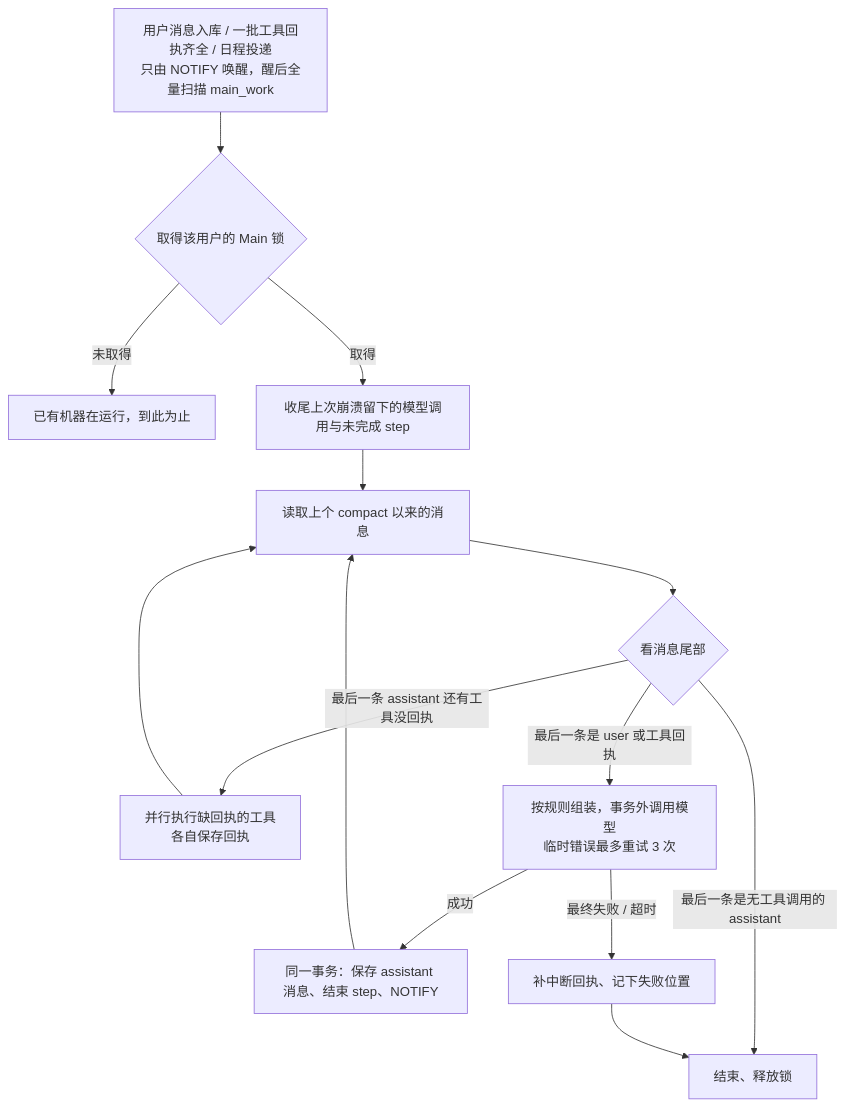
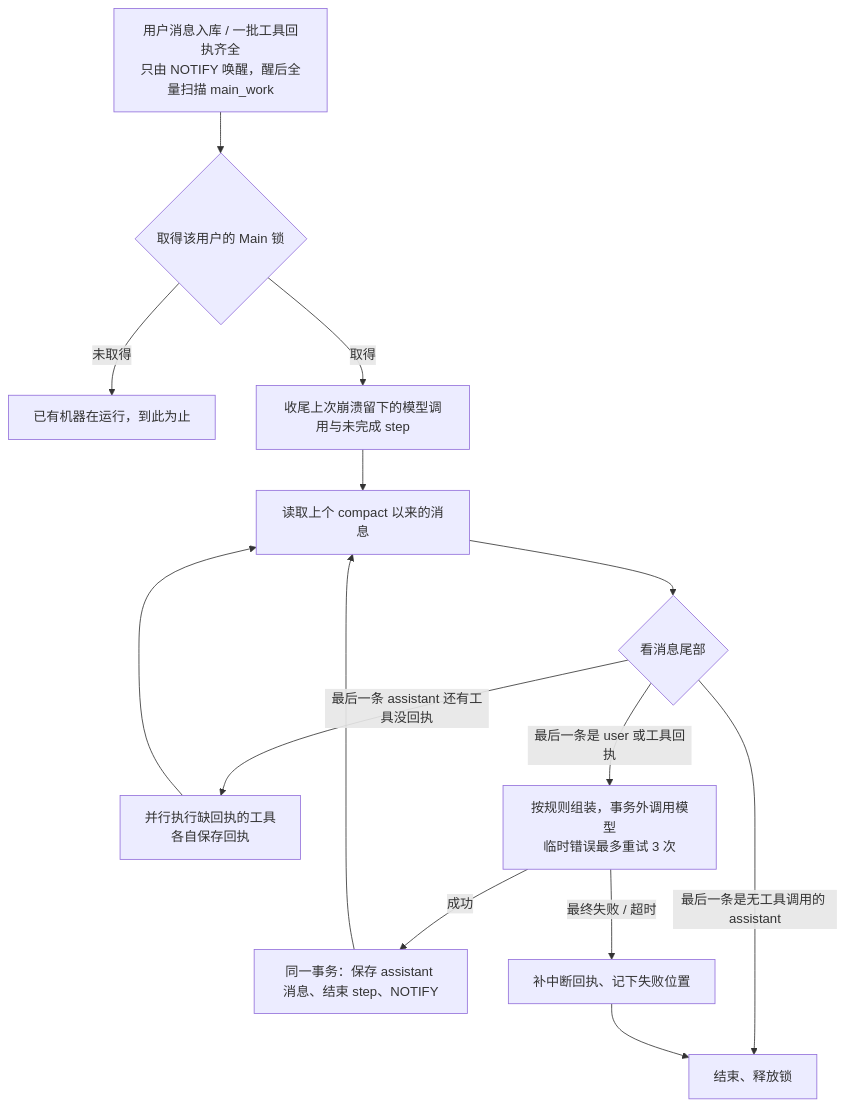
Before and after one commit to OmniNetOpensource/aether-personal: the first of 2 diagrams in docs/wiki/05-main-runtime.md, drawn with Mermaid. The commit also changed other lines of this file and 23 other files, not shown here.

````diff
--- a/docs/wiki/05-main-runtime.md
+++ b/docs/wiki/05-main-runtime.md
@@ -54,16 +54,16 @@
 ```mermaid
 flowchart TD
-    WAKE["用户消息入库 / 一批工具回执齐全 / 日程投递<br/>只由 NOTIFY 唤醒，醒后全量扫描 main_work"] --> LOCK{"取得该用户的 Main 锁"}
+    WAKE["用户消息入库 / 一批工具回执齐全<br/>只由 NOTIFY 唤醒，醒后全量扫描 main_work"] --> LOCK{"取得该用户的 Main 锁"}
     LOCK -->|未取得| WAIT["已有机器在运行，到此为止"]
     LOCK -->|取得| RECOVER["收尾上次崩溃留下的模型调用与未完成 step"]
     RECOVER --> LOAD["读取上个 compact 以来的消息"]
     LOAD --> TAIL{"看消息尾部"}
     TAIL -->|最后一条 assistant 还有工具没回执| TOOL["并行执行缺回执的工具<br/>各自保存回执"]
     TOOL --> LOAD
     TAIL -->|最后一条是 user 或工具回执| CALL["按规则组装，事务外调用模型<br/>临时错误最多重试 3 次"]
     CALL -->|成功| SAVE["同一事务：保存 assistant 消息、结束 step、NOTIFY"]
     SAVE --> LOAD
     TAIL -->|最后一条是无工具调用的 assistant| RELEASE["结束、释放锁"]
     CALL -->|最终失败 / 超时| FAIL["补中断回执、记下失败位置"]
     FAIL --> RELEASE
 ```
````
